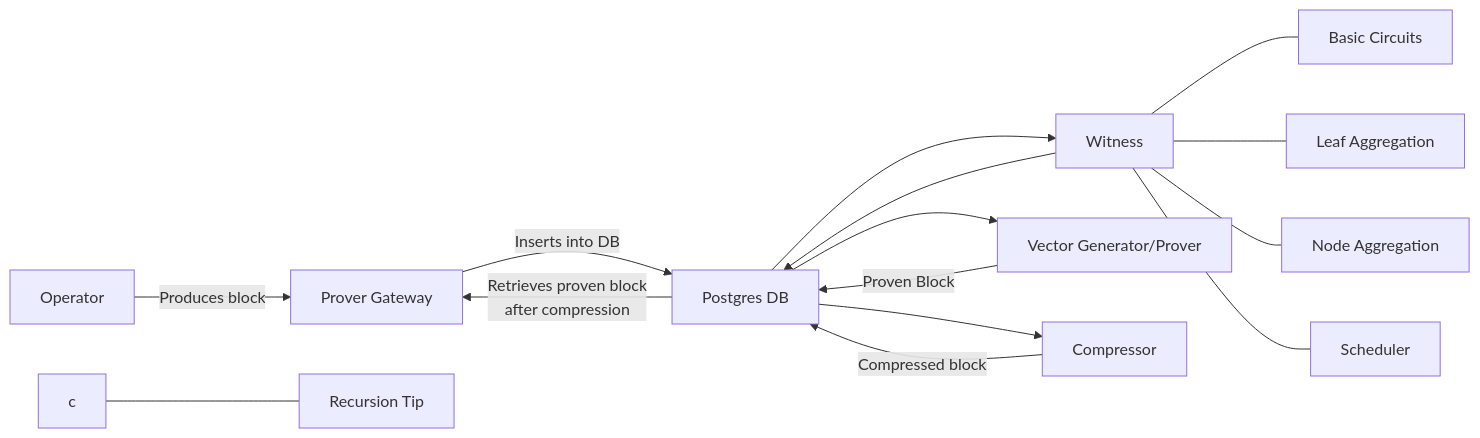
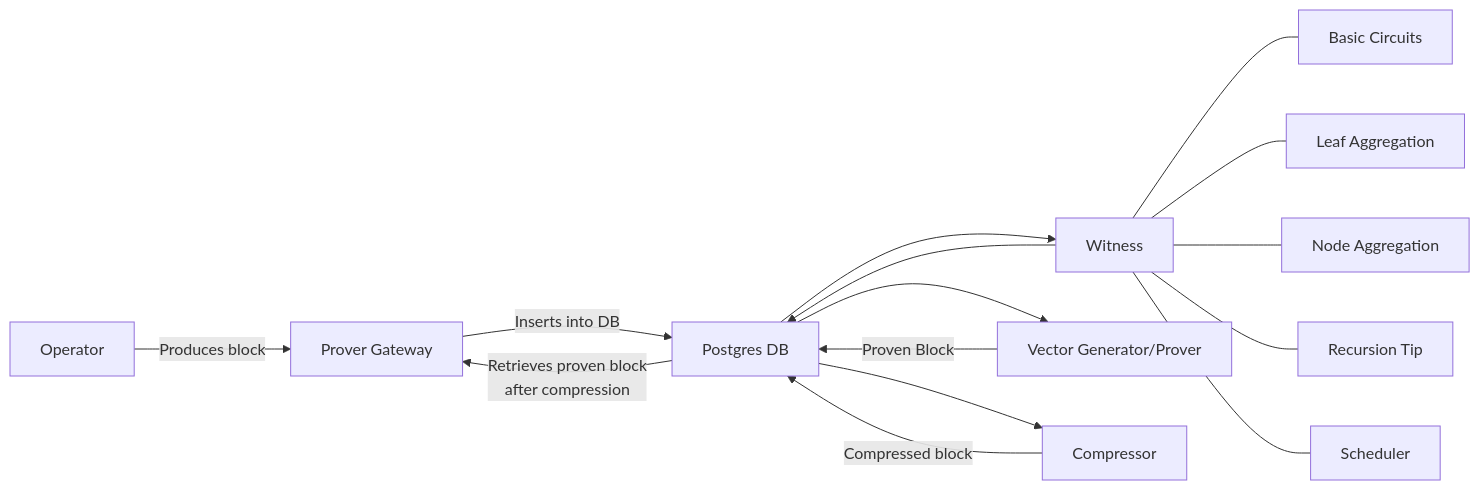
One commit to matter-labs/zksync-era changed the diagram in prover/prover_fri/README.md. Above: the diagram before and after it, drawn with Mermaid. The commit also changed other lines of this file and 17 other files, not shown here.

````diff
--- a/prover/prover_fri/README.md
+++ b/prover/prover_fri/README.md
@@ -17,17 +17,17 @@
 ```mermaid
 flowchart LR
     A["Operator"] --> |Produces block| F[Prover Gateway]
     F --> |Inserts into DB| B["Postgres DB"]
     B --> |Retrieves proven block \nafter compression| F
     B --> C["Witness"]
     C --- C1["Basic Circuits"]
     C --- C2["Leaf Aggregation"]
     C --- C3["Node Aggregation"]
-    c --- C4["Recursion Tip"]
+    C --- C4["Recursion Tip"]
     C --- C5["Scheduler"]
     C --> B
     B --> D["Vector Generator/Prover"]
     D --> |Proven Block| B
     B --> G["Compressor"]
     G --> |Compressed block| B
 ```
````
